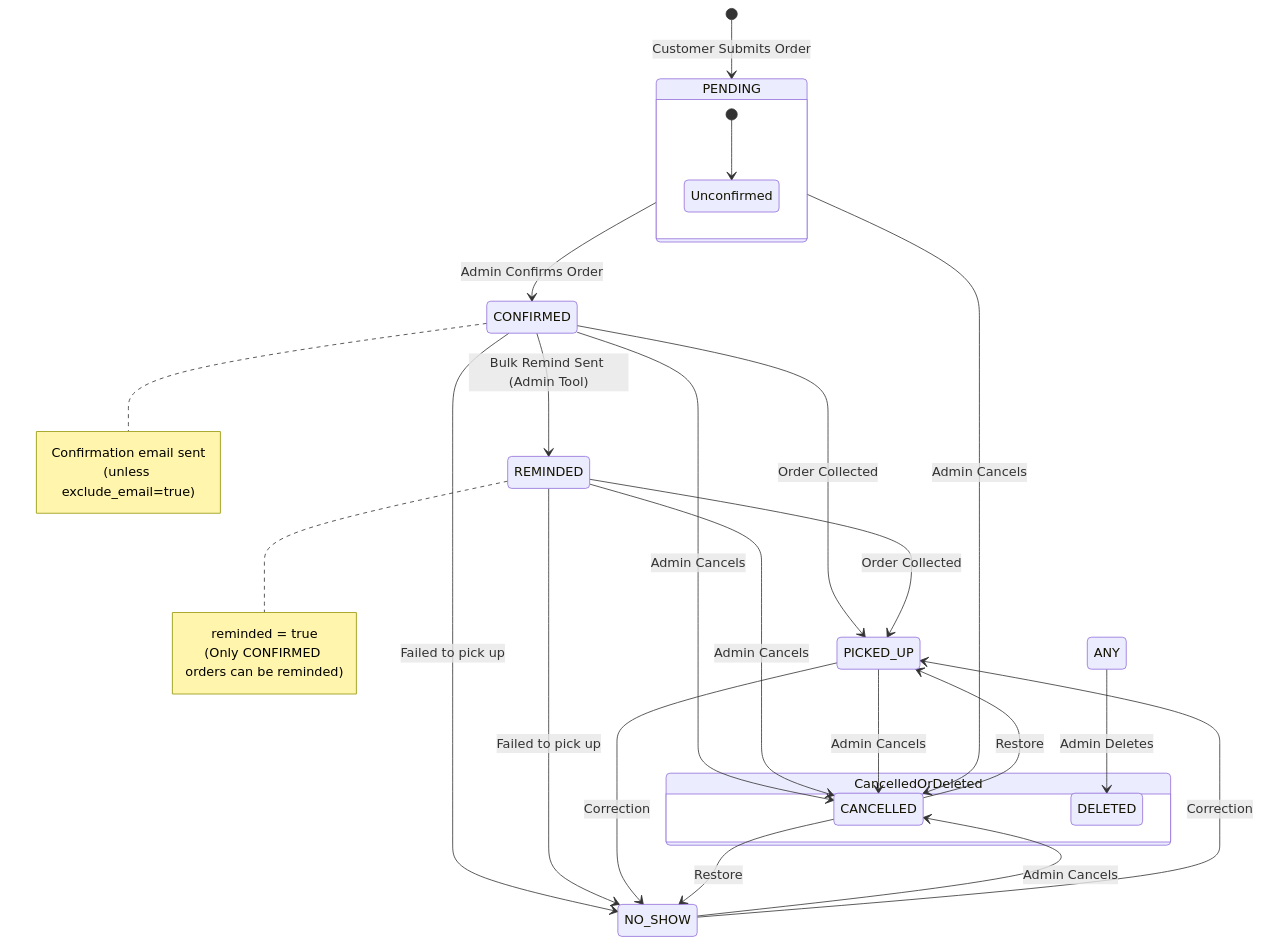
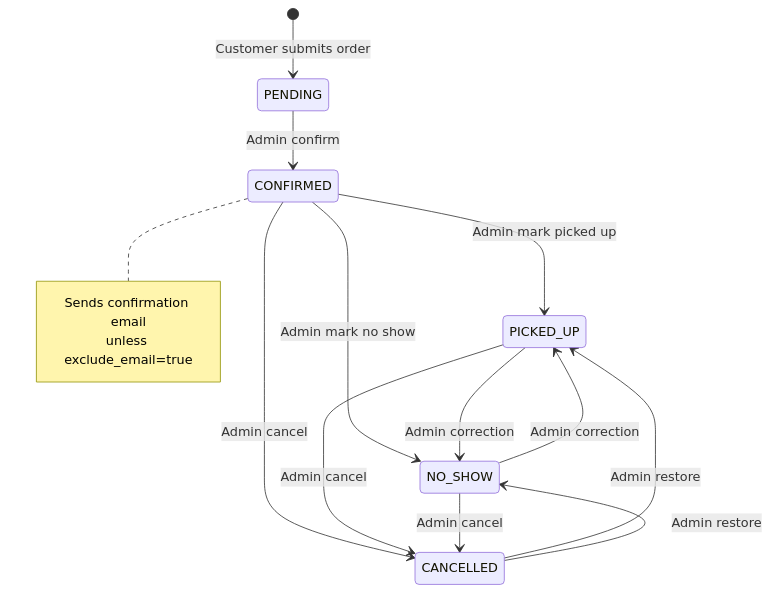
One commit to sankaL/loku-caters changed the first of 2 diagrams in docs/order-state-diagram.md. Above: the diagram before and after it, drawn with Mermaid. The commit also changed other lines of this file and 5 other files, not shown here.

First line of the commit message:
feat(admin): add bundle-aware order status actions with dedicated endpoints

````diff
--- a/docs/order-state-diagram.md
+++ b/docs/order-state-diagram.md
@@ -5,47 +9,25 @@
 ```mermaid
 stateDiagram-v2
     direction TB
 
-    [*] --> PENDING : Customer Submits Order
-    
-    state PENDING {
-        [*] --> Unconfirmed
-    }
+    [*] --> PENDING : Customer submits order
 
-    PENDING --> CONFIRMED : Admin Confirms Order
+    PENDING --> CONFIRMED : Admin confirm
     note right of CONFIRMED
-        Confirmation email sent
-        (unless exclude_email=true)
+        Sends confirmation email
+        unless exclude_email=true
     end note
 
-    CONFIRMED --> REMINDED : Bulk Remind Sent (Admin Tool)
-    note right of REMINDED
-        reminded = true
-        (Only CONFIRMED orders can be reminded)
-    end note
+    CONFIRMED --> PICKED_UP : Admin mark picked up
+    CONFIRMED --> NO_SHOW : Admin mark no show
+    CONFIRMED --> CANCELLED : Admin cancel
 
-    CONFIRMED --> PICKED_UP : Order Collected
-    REMINDED --> PICKED_UP : Order Collected
-    
-    CONFIRMED --> NO_SHOW : Failed to pick up
-    REMINDED --> NO_SHOW : Failed to pick up
+    PICKED_UP --> NO_SHOW : Admin correction
+    PICKED_UP --> CANCELLED : Admin cancel
 
-    state CancelledOrDeleted {
-        CANCELLED
-        DELETED
-    }
+    NO_SHOW --> PICKED_UP : Admin correction
+    NO_SHOW --> CANCELLED : Admin cancel
 
-    PENDING --> CANCELLED : Admin Cancels
-    CONFIRMED --> CANCELLED : Admin Cancels
-    REMINDED --> CANCELLED : Admin Cancels
-    PICKED_UP --> CANCELLED : Admin Cancels
-    NO_SHOW --> CANCELLED : Admin Cancels
-
-    PICKED_UP --> NO_SHOW : Correction
-    NO_SHOW --> PICKED_UP : Correction
-
-    CANCELLED --> PICKED_UP : Restore
-    CANCELLED --> NO_SHOW : Restore
-    
-    ANY --> DELETED : Admin Deletes
+    CANCELLED --> PICKED_UP : Admin restore
+    CANCELLED --> NO_SHOW : Admin restore
 ```
````
